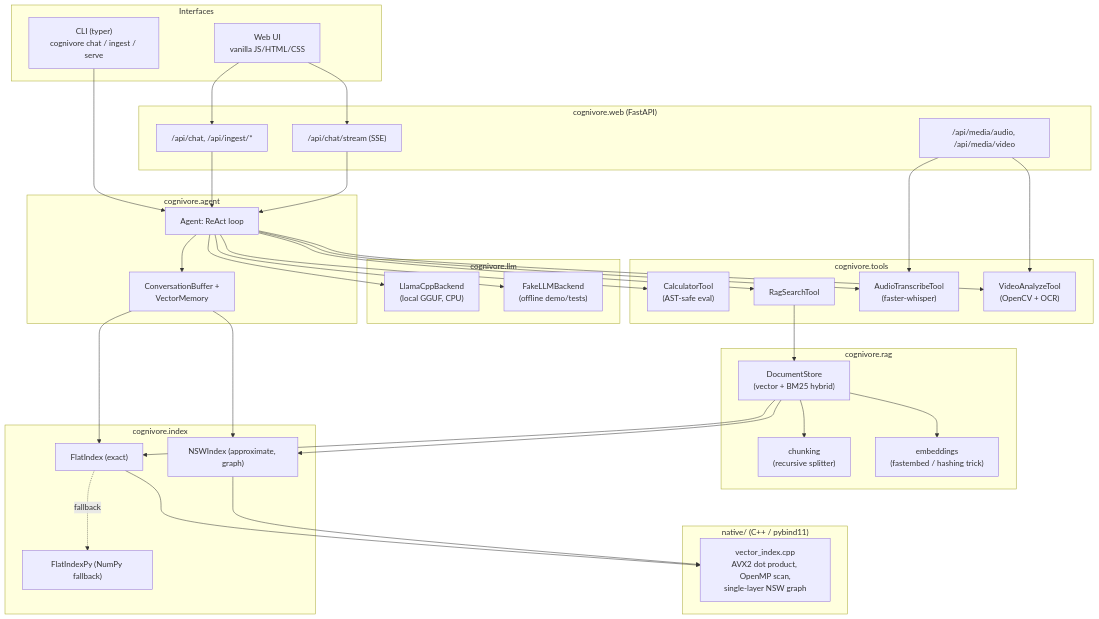
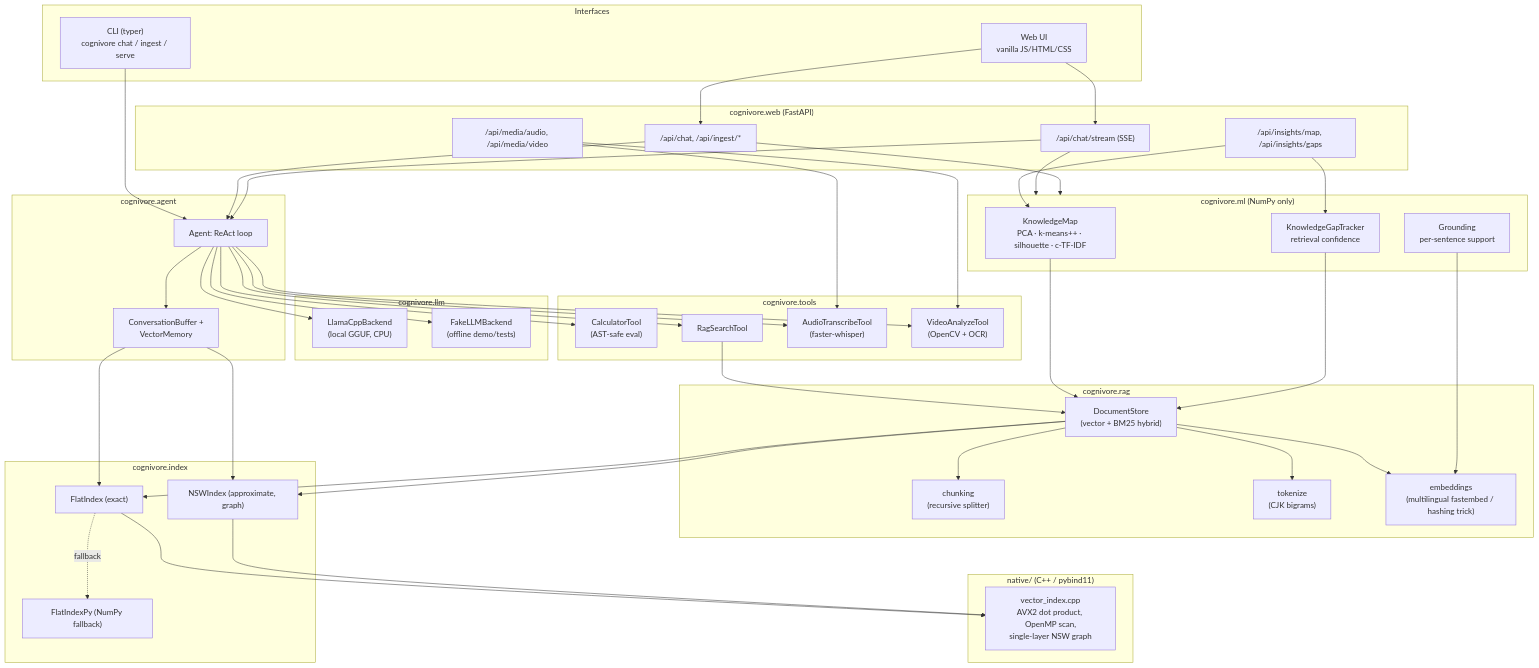
Before and after one commit to Anton-Sergeev-EA/Cognivore: the diagram in docs/architecture.md, drawn with Mermaid. The commit also changed other lines of this file and 16 other files, not shown here.

```diff
--- a/docs/architecture.md
+++ b/docs/architecture.md
@@ -13,6 +13,13 @@
         REST["/api/chat, /api/ingest/*"]
         SSE["/api/chat/stream (SSE)"]
         MEDIA["/api/media/audio, /api/media/video"]
+        INSIGHTS["/api/insights/map, /api/insights/gaps"]
+    end
+
+    subgraph ML["cognivore.ml (NumPy only)"]
+        KMAP["KnowledgeMap\nPCA · k-means++ · silhouette · c-TF-IDF"]
+        GROUND["Grounding\nper-sentence support"]
+        GAPS["KnowledgeGapTracker\nretrieval confidence"]
     end
 
     subgraph AGENT["cognivore.agent"]
@@ -34,7 +41,8 @@
 
     subgraph RAG["cognivore.rag"]
         CHUNK["chunking\n(recursive splitter)"]
-        EMB["embeddings\n(fastembed / hashing trick)"]
+        TOK["tokenize\n(CJK bigrams)"]
+        EMB["embeddings\n(multilingual fastembed / hashing trick)"]
         STORE["DocumentStore\n(vector + BM25 hybrid)"]
     end
 
@@ -66,7 +74,15 @@
 
     RAGT --> STORE
     STORE --> CHUNK
+    STORE --> TOK
     STORE --> EMB
+    SSE --> ML
+    REST --> ML
+    INSIGHTS --> KMAP
+    INSIGHTS --> GAPS
+    KMAP --> STORE
+    GROUND --> EMB
+    GAPS --> STORE
     STORE --> FLAT
     STORE --> NSW
     MEM --> FLAT
```
